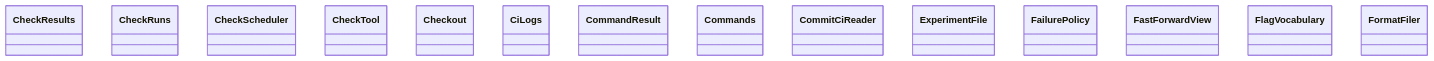
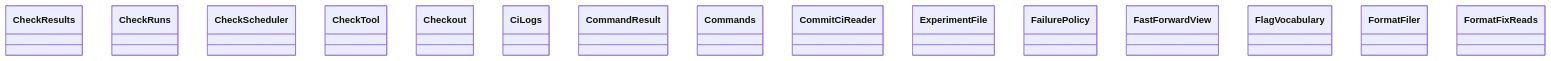
Before and after one commit to GonzaloZevallos/agentic-system: the diagram in docs/architecture/generated/classes-process-application-support-2.md, drawn with Mermaid. The commit also changed other lines of this file and 18 other files, not shown here.

````diff
--- a/docs/architecture/generated/classes-process-application-support-2.md
+++ b/docs/architecture/generated/classes-process-application-support-2.md
@@ -20,17 +20,18 @@
 ```mermaid
 classDiagram
     class ports__CheckResults["CheckResults"]
     class ports__CheckRuns["CheckRuns"]
     class ports__CheckScheduler["CheckScheduler"]
     class ports__CheckTool["CheckTool"]
     class ports__Checkout["Checkout"]
     class ports__CiLogs["CiLogs"]
     class ports__CommandResult["CommandResult"]
     class ports__Commands["Commands"]
     class ports__CommitCiReader["CommitCiReader"]
     class ports__ExperimentFile["ExperimentFile"]
     class ports__FailurePolicy["FailurePolicy"]
     class ports__FastForwardView["FastForwardView"]
     class ports__FlagVocabulary["FlagVocabulary"]
     class ports__FormatFiler["FormatFiler"]
+    class ports__FormatFixReads["FormatFixReads"]
 ```
````
